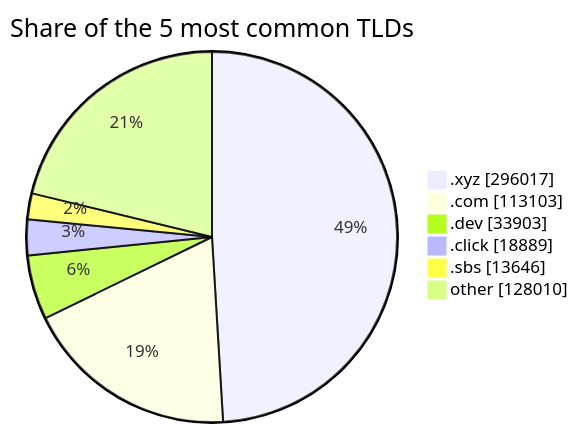
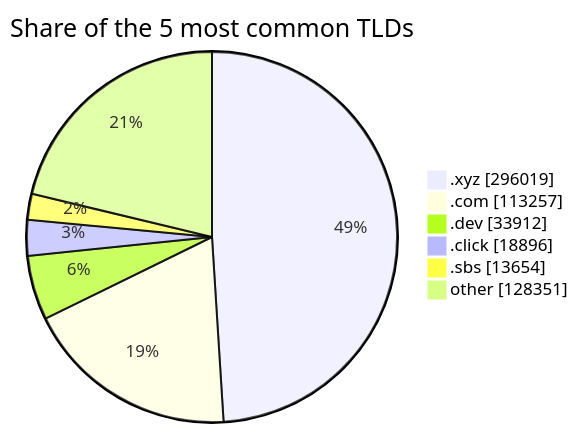
Before and after one commit to DNSBunker/CTI: the third of 3 diagrams in README.md, drawn with Mermaid. The commit also changed other lines of this file and 3 other files, not shown here.

````diff
--- a/README.md
+++ b/README.md
@@ -81,9 +81,9 @@
 ```mermaid
 pie showData title Share of the 5 most common TLDs
-    ".xyz" : 296017
-    ".com" : 113103
-    ".dev" : 33903
-    ".click" : 18889
-    ".sbs" : 13646
-    "other" : 128010
+    ".xyz" : 296019
+    ".com" : 113257
+    ".dev" : 33912
+    ".click" : 18896
+    ".sbs" : 13654
+    "other" : 128351
 ```
````
